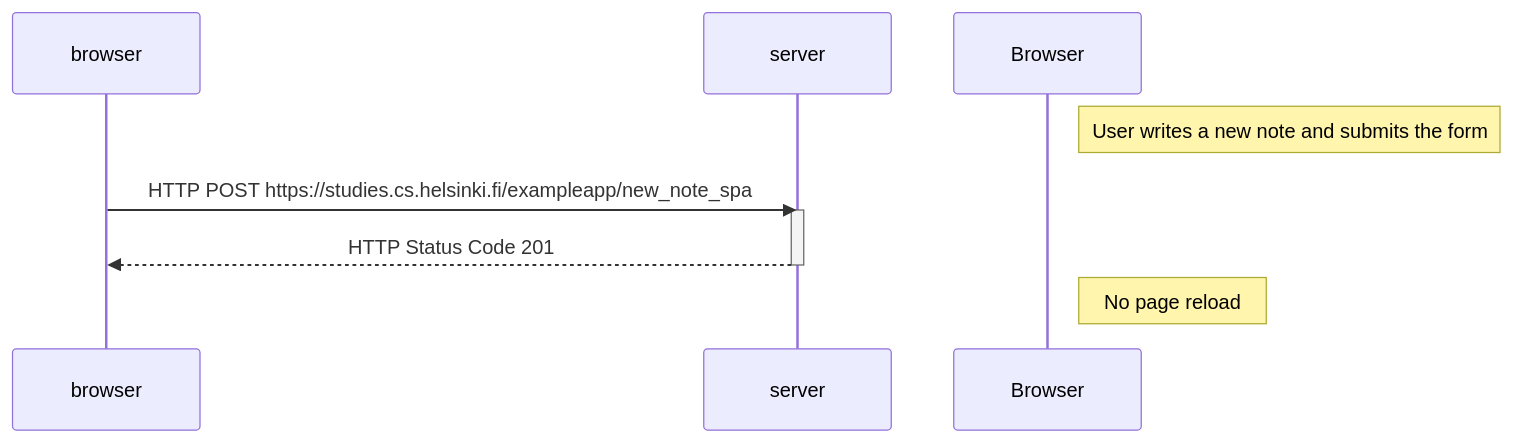
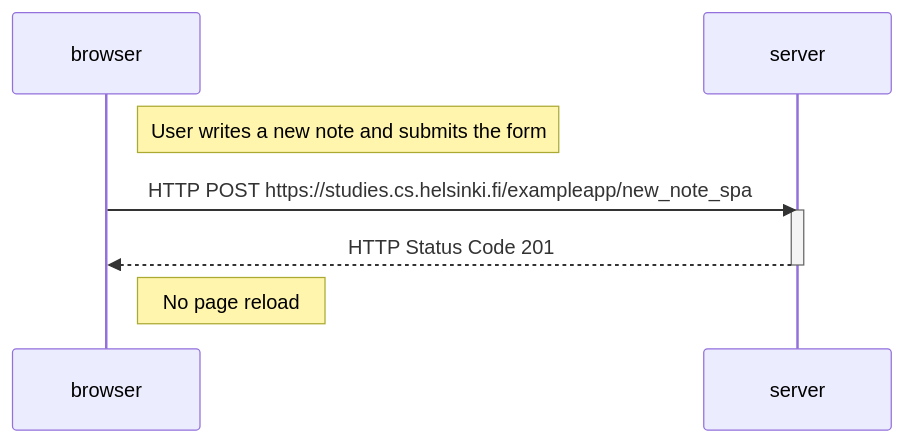
Before and after one commit to FacundoNicolasTorres/FullStackCourse-FacundoTorres: the diagram in Part0/Activitie0.6-DiagramaNuevaNotaSPA.md, drawn with Mermaid.

Commit message:
fix diagram 0.6

````diff
--- a/Part0/Activitie0.6-DiagramaNuevaNotaSPA.md
+++ b/Part0/Activitie0.6-DiagramaNuevaNotaSPA.md
@@ -5,14 +5,14 @@
 ```mermaid
 sequenceDiagram;
     participant browser;
     participant server;
 
-    Note right of Browser: User writes a new note and submits the form;
+    Note right of browser: User writes a new note and submits the form;
 
     browser->>server: HTTP POST https://studies.cs.helsinki.fi/exampleapp/new_note_spa;
     activate server;
     server-->>browser: HTTP Status Code 201;
     deactivate server;
 
-    Note right of Browser: No page reload;
+    Note right of browser: No page reload;
 ```
````
